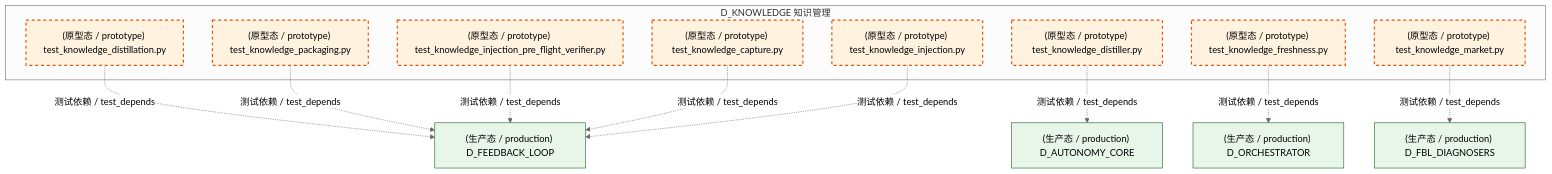
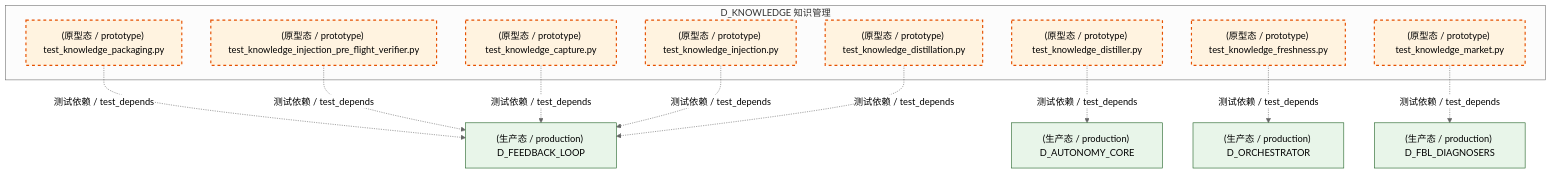
Before and after one commit to xuanFelixVan/ZephyrAlpha: the second of 5 diagrams in docs/02_enterprise_architecture/02_domain_architecture_docs/48_d_knowledge.md, drawn with Mermaid (neutral theme). The commit also changed other lines of this file and 126 other files, not shown here.

````diff
--- a/docs/02_enterprise_architecture/02_domain_architecture_docs/48_d_knowledge.md
+++ b/docs/02_enterprise_architecture/02_domain_architecture_docs/48_d_knowledge.md
@@ -176,31 +174,31 @@
 ```mermaid
 graph TD
     subgraph D_KNOWLEDGE["D_KNOWLEDGE 知识管理"]
         tests_knowledge_engine_test_knowledge_capture_py["(原型态 / prototype) test_knowledge_capture.py"]
         tests_knowledge_engine_test_knowledge_distillation_py["(原型态 / prototype) test_knowledge_distillation.py"]
         tests_knowledge_engine_test_knowledge_distiller_py["(原型态 / prototype) test_knowledge_distiller.py"]
         tests_knowledge_engine_test_knowledge_freshness_py["(原型态 / prototype) test_knowledge_freshness.py"]
         tests_knowledge_engine_test_knowledge_injection_py["(原型态 / prototype) test_knowledge_injection.py"]
         tests_knowledge_engine_test_knowledge_injection_pre_flight_verifier_py["(原型态 / prototype) test_knowledge_injection_pre_flight_verifier.py"]
         tests_knowledge_engine_test_knowledge_market_py["(原型态 / prototype) test_knowledge_market.py"]
         tests_knowledge_engine_test_knowledge_packaging_py["(原型态 / prototype) test_knowledge_packaging.py"]
     end
     D_FEEDBACK_LOOP["(生产态 / production) D_FEEDBACK_LOOP"]
-    tests_knowledge_engine_test_knowledge_distillation_py -.->|测试依赖 / test_depends| D_FEEDBACK_LOOP
     tests_knowledge_engine_test_knowledge_packaging_py -.->|测试依赖 / test_depends| D_FEEDBACK_LOOP
     tests_knowledge_engine_test_knowledge_injection_pre_flight_verifier_py -.->|测试依赖 / test_depends| D_FEEDBACK_LOOP
     D_AUTONOMY_CORE["(生产态 / production) D_AUTONOMY_CORE"]
     tests_knowledge_engine_test_knowledge_distiller_py -.->|测试依赖 / test_depends| D_AUTONOMY_CORE
     tests_knowledge_engine_test_knowledge_capture_py -.->|测试依赖 / test_depends| D_FEEDBACK_LOOP
     D_FBL_DIAGNOSERS["(生产态 / production) D_FBL_DIAGNOSERS"]
     tests_knowledge_engine_test_knowledge_market_py -.->|测试依赖 / test_depends| D_FBL_DIAGNOSERS
     tests_knowledge_engine_test_knowledge_injection_py -.->|测试依赖 / test_depends| D_FEEDBACK_LOOP
+    tests_knowledge_engine_test_knowledge_distillation_py -.->|测试依赖 / test_depends| D_FEEDBACK_LOOP
     D_ORCHESTRATOR["(生产态 / production) D_ORCHESTRATOR"]
     tests_knowledge_engine_test_knowledge_freshness_py -.->|测试依赖 / test_depends| D_ORCHESTRATOR
     classDef production fill:#e1f5fe,stroke:#01579b,stroke-width:2px,color:#000
     classDef design fill:#fff3e0,stroke:#e65100,stroke-width:2px,color:#000,stroke-dasharray: 5 5
     classDef external_prod fill:#e8f5e9,stroke:#1b5e20,stroke-width:1px,color:#000
     classDef external_design fill:#fce4ec,stroke:#880e4f,stroke-width:1px,color:#000,stroke-dasharray: 5 5
     class tests_knowledge_engine_test_knowledge_capture_py,tests_knowledge_engine_test_knowledge_distillation_py,tests_knowledge_engine_test_knowledge_distiller_py,tests_knowledge_engine_test_knowledge_freshness_py,tests_knowledge_engine_test_knowledge_injection_py,tests_knowledge_engine_test_knowledge_injection_pre_flight_verifier_py,tests_knowledge_engine_test_knowledge_market_py,tests_knowledge_engine_test_knowledge_packaging_py design
     class D_FEEDBACK_LOOP,D_AUTONOMY_CORE,D_FBL_DIAGNOSERS,D_ORCHESTRATOR external_prod
 ```
````
